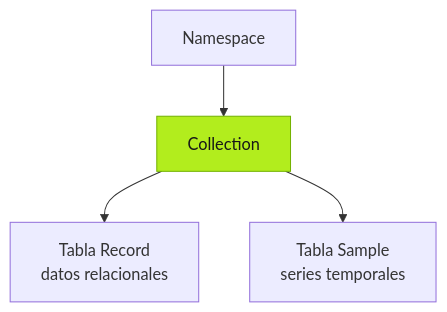
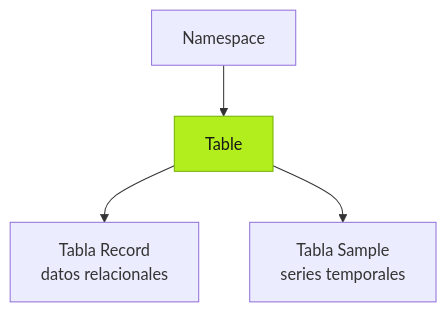
The first of 3 diagrams in src/content/docs/es/using-tier0/preparing-data-foundation.mdx (FREEZONEX/Tier0-docs-site), drawn with Mermaid before and after one commit. The commit also changed other lines of this file and 24 other files, not shown here.

````diff
--- a/src/content/docs/es/using-tier0/preparing-data-foundation.mdx
+++ b/src/content/docs/es/using-tier0/preparing-data-foundation.mdx
@@ -29,8 +29,8 @@
 ```mermaid
 flowchart TB
-  namespace["Namespace"] --> collection["Collection"]
-  collection --> record["Tabla Record<br/>datos relacionales"]
-  collection --> sample["Tabla Sample<br/>series temporales"]
+  namespace["Namespace"] --> table["Table"]
+  table --> record["Tabla Record<br/>datos relacionales"]
+  table --> sample["Tabla Sample<br/>series temporales"]
   classDef t0accent fill:#B2ED1D,stroke:#73B200,color:#171717
-  class collection t0accent
+  class table t0accent
 ```
````
